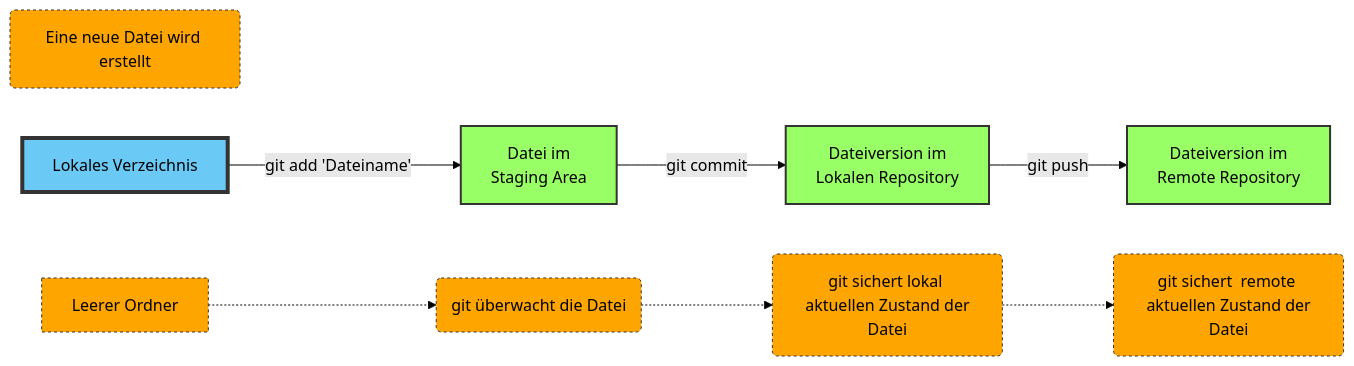
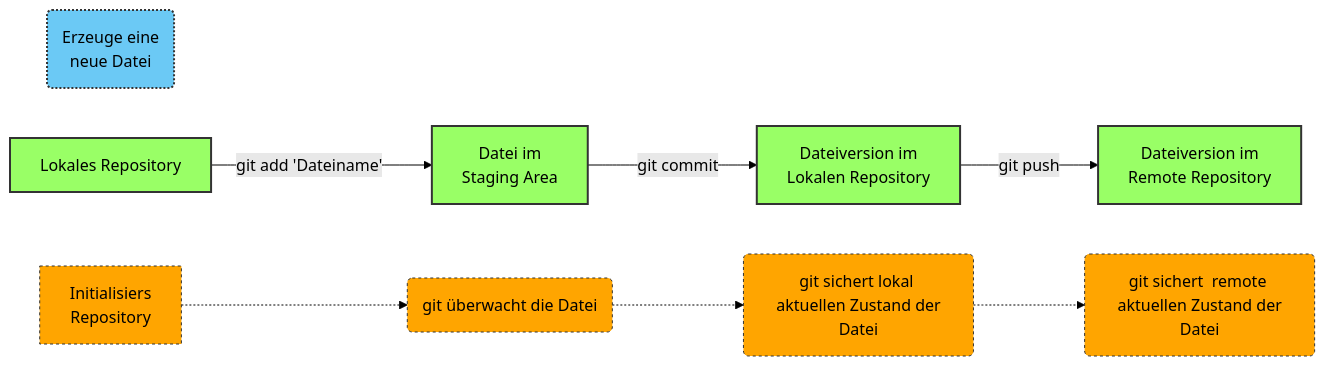
One commit to ammrie/Praxislab changed the second of 2 diagrams in modules/de-git-module.qmd. Above: the diagram before and after it, drawn with Mermaid (forest theme). The commit also changed other lines of this file and 3 other files, not shown here.

````diff
--- a/modules/de-git-module.qmd
+++ b/modules/de-git-module.qmd
@@ -108,24 +109,25 @@
 ```{mermaid}
 %%| fig-cap: Ablauf Stage-Commit-Push  eine Datei
 
 graph LR
-    Z(Eine neue Datei wird erstellt)
+    Z(Erzeuge eine <br> neue Datei)
     
-    A[Lokales Verzeichnis ] -- git add 'Dateiname' --> B[Datei im <br>Staging Area]
+    A[Lokales Repository] -- git add 'Dateiname' --> B[Datei im <br>Staging Area]
     B -- git commit --> C[Dateiversion im <br> Lokalen Repository ]
     C -- git push --> D[Dateiversion im <br> Remote Repository ]
     
-    AA[Leerer Ordner] -.-> BB(git überwacht die Datei)
+    AA[Initialisiers <br> Repository] -.-> BB(git überwacht die Datei)
     BB -.-> CC(git sichert lokal <br> aktuellen Zustand der Datei)
     CC -.-> DD(git sichert  remote <br> aktuellen Zustand der Datei)
     
 
+
     classDef green fill:#9f6,stroke:#333,stroke-width:2px
-    classDef blue fill:#6BC9F5,stroke:#333,stroke-width:4px
+    classDef blue fill:#6BC9F5,stroke:#333,stroke-width:2px,stroke-dasharray: 2
     classDef orange fill:orange,stroke:#333,stroke-width:1px,stroke-dasharray: 3
-    class A blue
-    class B,C,D green
-    class Z,DD,CC,AA,BB orange
+    class Z blue
+    class A,B,C,D green
+    class DD,CC,AA,BB orange
 
 
 ```
````
